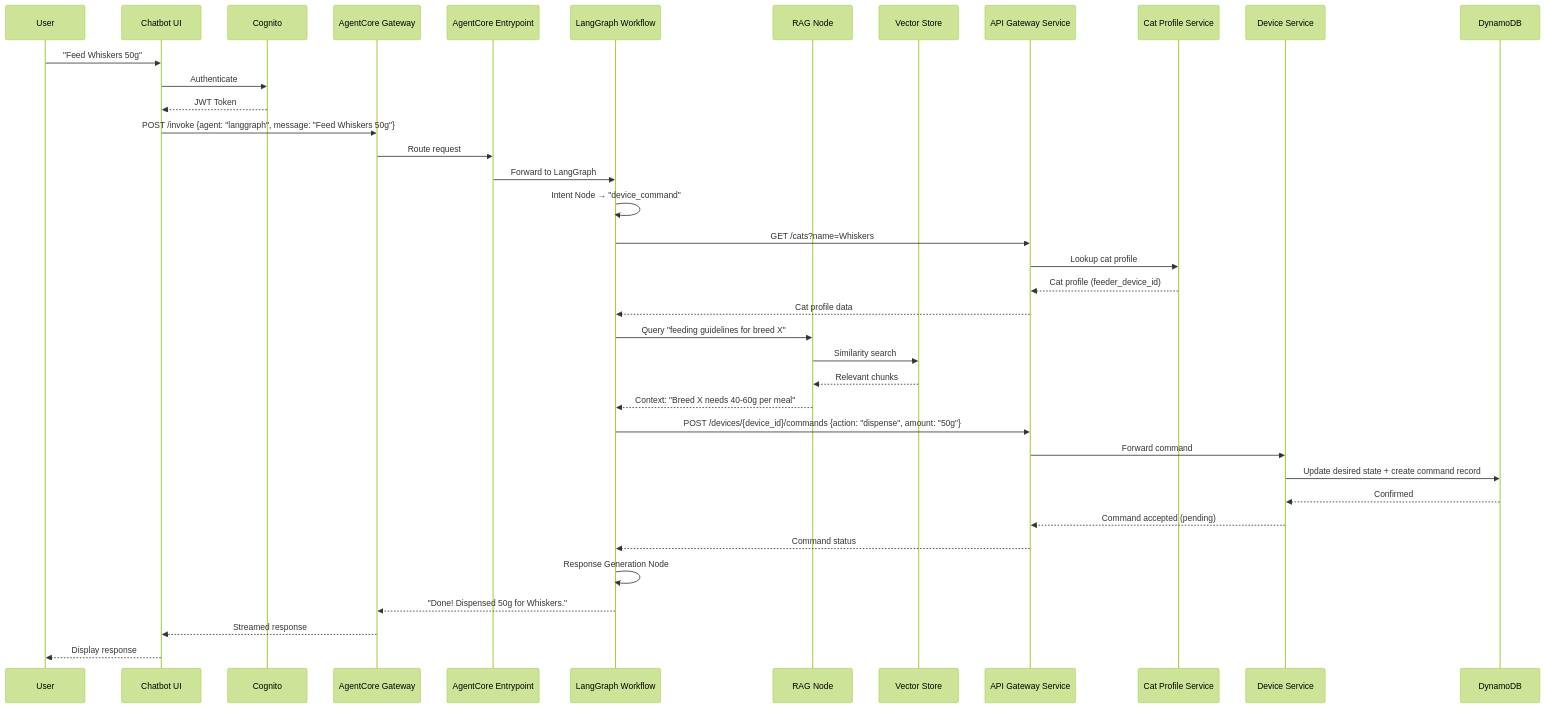
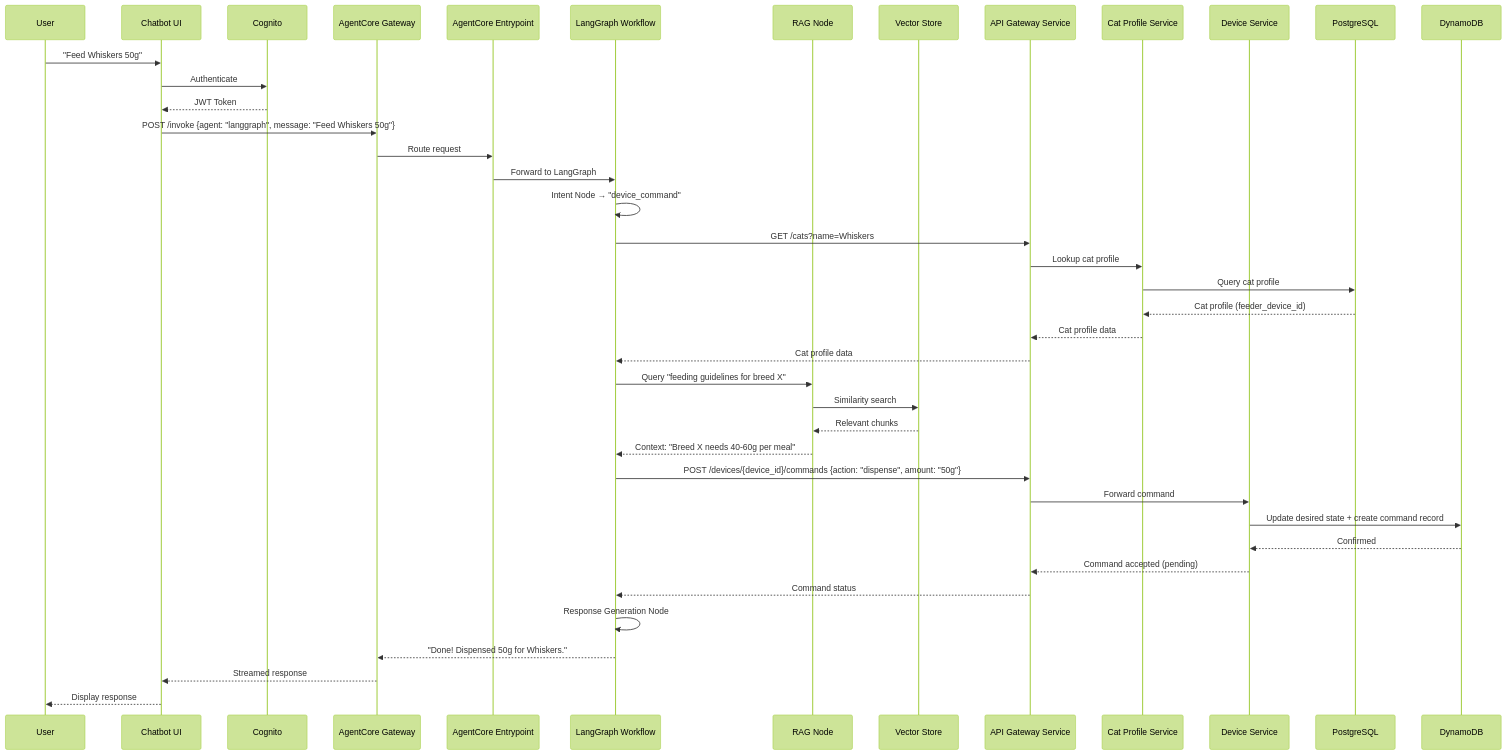
Before and after one commit to my-solution-hub/devops-agent-demo-applications: the second of 3 diagrams in .kiro/specs/smart-home-cat-demo/design.md, drawn with Mermaid (forest theme). The commit also changed other lines of this file and 52 other files, not shown here.

First line of the commit message:
feat: implement project scaffolding, Cat Profile Service, and Device Service

````diff
--- a/.kiro/specs/smart-home-cat-demo/design.md
+++ b/.kiro/specs/smart-home-cat-demo/design.md
@@ -108,41 +118,44 @@
 ```mermaid
 sequenceDiagram
     participant User
     participant ChatUI as Chatbot UI
     participant Cognito
     participant AGW as AgentCore Gateway
     participant AE as AgentCore Entrypoint
     participant LG as LangGraph Workflow
     participant RAG as RAG Node
     participant VS as Vector Store
     participant APIGW as API Gateway Service
     participant CPS as Cat Profile Service
     participant DS as Device Service
+    participant PG as PostgreSQL
     participant DDB as DynamoDB
 
     User->>ChatUI: "Feed Whiskers 50g"
     ChatUI->>Cognito: Authenticate
     Cognito-->>ChatUI: JWT Token
     ChatUI->>AGW: POST /invoke {agent: "langgraph", message: "Feed Whiskers 50g"}
     AGW->>AE: Route request
     AE->>LG: Forward to LangGraph
     LG->>LG: Intent Node → "device_command"
     LG->>APIGW: GET /cats?name=Whiskers
     APIGW->>CPS: Lookup cat profile
-    CPS-->>APIGW: Cat profile (feeder_device_id)
+    CPS->>PG: Query cat profile
+    PG-->>CPS: Cat profile (feeder_device_id)
+    CPS-->>APIGW: Cat profile data
     APIGW-->>LG: Cat profile data
     LG->>RAG: Query "feeding guidelines for breed X"
     RAG->>VS: Similarity search
     VS-->>RAG: Relevant chunks
     RAG-->>LG: Context: "Breed X needs 40-60g per meal"
     LG->>APIGW: POST /devices/{device_id}/commands {action: "dispense", amount: "50g"}
     APIGW->>DS: Forward command
     DS->>DDB: Update desired state + create command record
     DDB-->>DS: Confirmed
     DS-->>APIGW: Command accepted (pending)
     APIGW-->>LG: Command status
     LG->>LG: Response Generation Node
     LG-->>AGW: "Done! Dispensed 50g for Whiskers."
     AGW-->>ChatUI: Streamed response
     ChatUI-->>User: Display response
 ```
````
